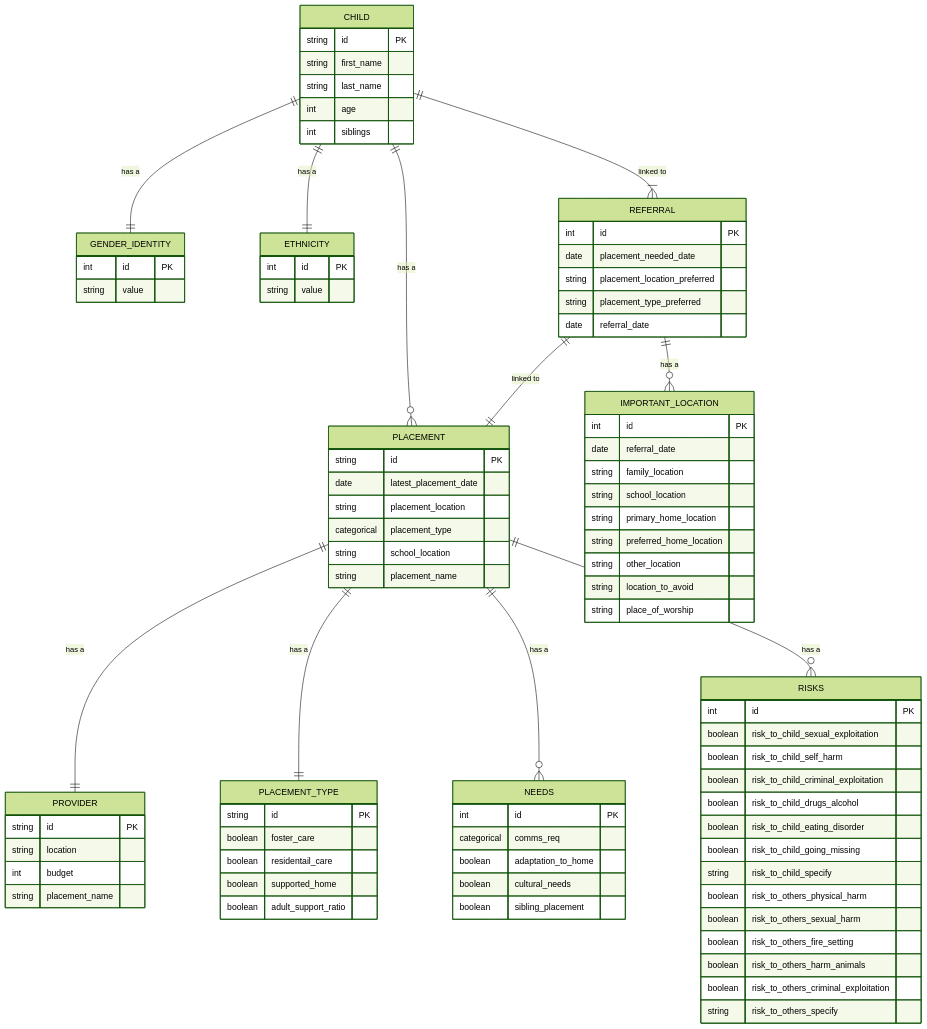
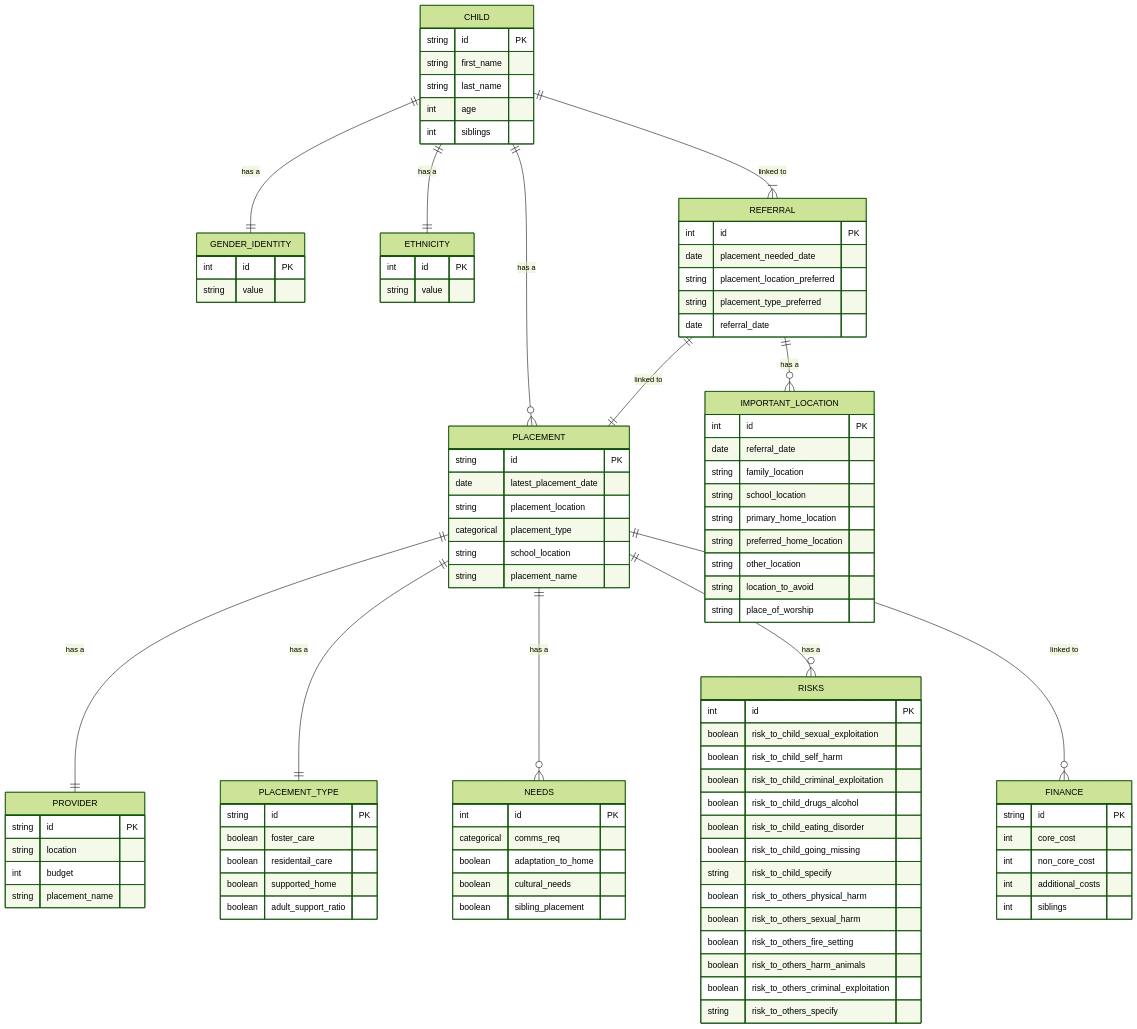
Before and after one commit to SocialFinanceDigitalLabs/sw-sufficiency-model: the diagram in README.md, drawn with Mermaid (forest theme).

````diff
--- a/README.md
+++ b/README.md
@@ -12,6 +12,7 @@
     REFERRAL ||--o{ IMPORTANT_LOCATION : "has a"
     PLACEMENT ||--o{ NEEDS : "has a"
     PLACEMENT ||--o{ RISKS : "has a"
+    PLACEMENT ||--o{ FINANCE : "linked to"
     CHILD {
         string id PK
         string first_name
@@ -90,4 +91,11 @@
         boolean risk_to_others_criminal_exploitation
         string risk_to_others_specify
     }
+    FINANCE {
+        string id PK
+        int core_cost
+        int non_core_cost
+        int additional_costs
+        int siblings
+    }
 ```
````
